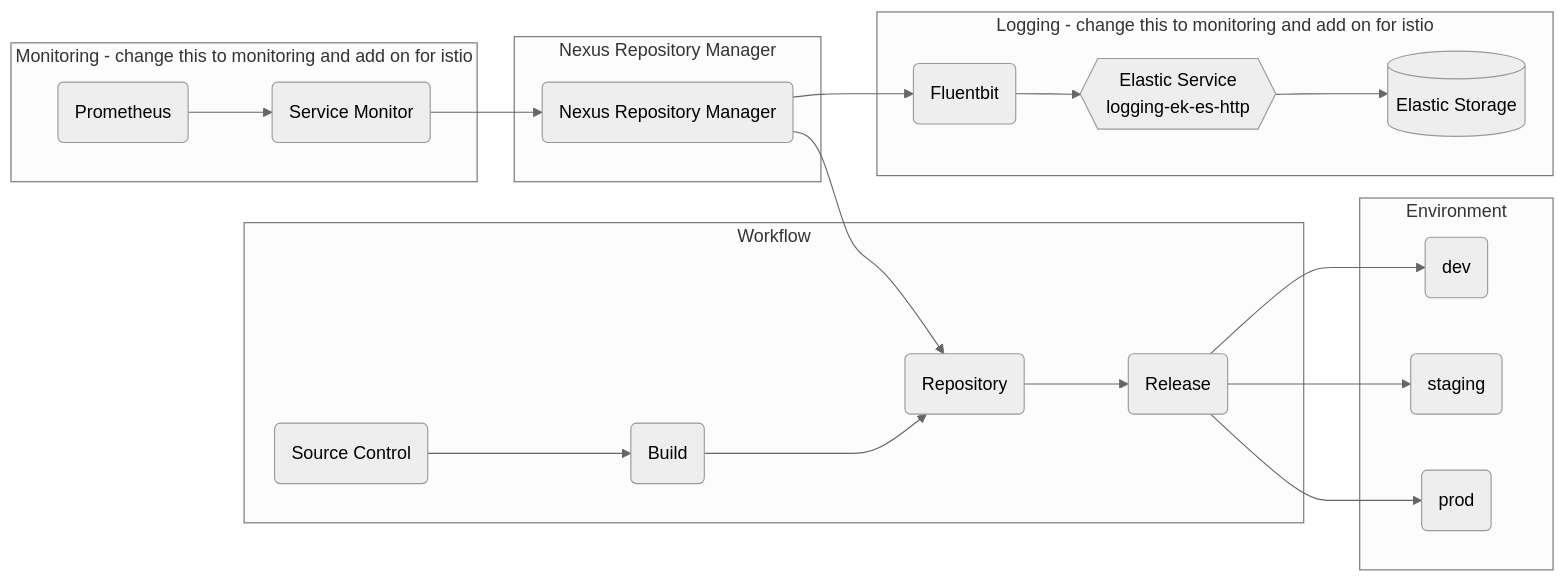
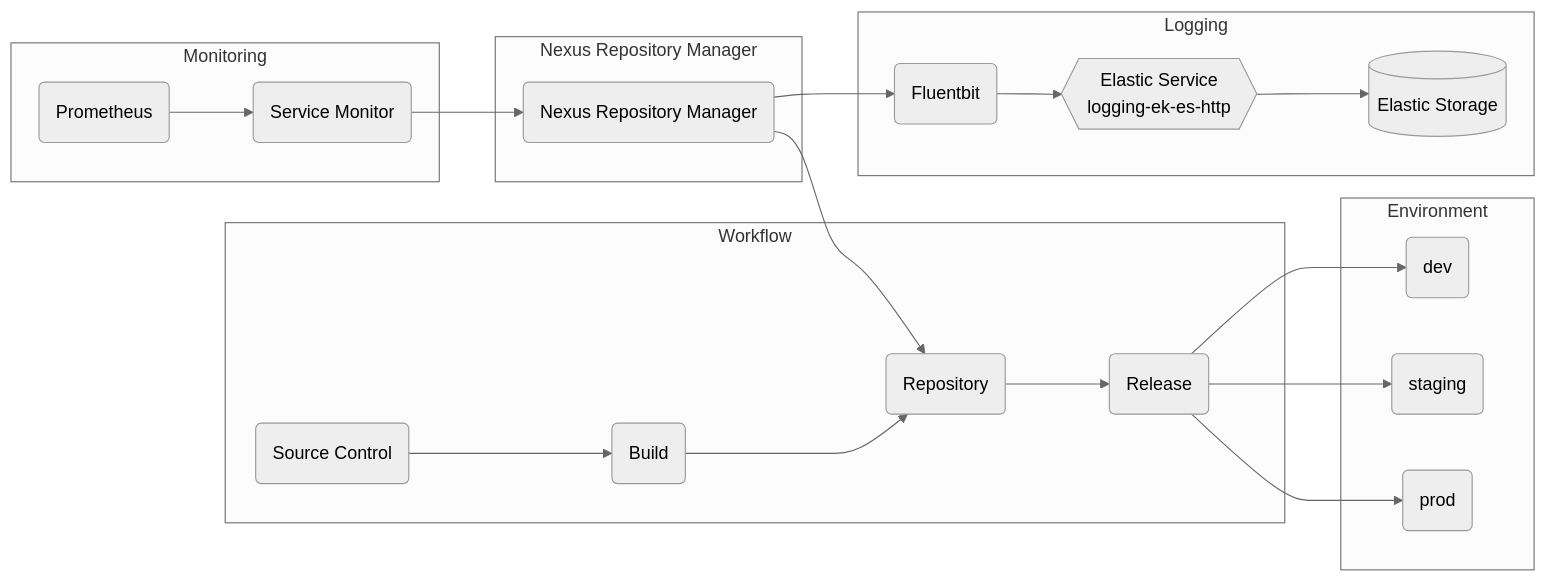
One commit to anoncam/big-bang changed the diagram in docs/understanding-bigbang/package-architecture/nexus/Architecture.md. Above: the diagram before and after it, drawn with Mermaid (neutral theme).

Commit message:
update graph

````diff
--- a/docs/understanding-bigbang/package-architecture/nexus/Architecture.md
+++ b/docs/understanding-bigbang/package-architecture/nexus/Architecture.md
@@ -9,26 +9,26 @@
 ```mermaid
 graph LR
   subgraph "Workflow"
     sourcecontrol("Source Control") --> build("Build") --> repository1("Repository") --> release("Release")
   end
 
   subgraph "Nexus Repository Manager"
     nexusrepositorymanager("Nexus Repository Manager") --> repository1("Repository")
   end
 
   subgraph "Environment"
     release("Release") --> stage1(dev)
     release("Release") --> stage2(staging)
     release("Release") --> stage3(prod)
   end
 
-  subgraph "Monitoring" - change this to monitoring and add on for istio
+  subgraph "Monitoring" 
     prometheus("Prometheus") --> servicemonitor("Service Monitor")
     servicemonitor("Service Monitor") --> nexusrepositorymanager("Nexus Repository Manager")
   end
 
-  subgraph "Logging" - change this to monitoring and add on for istio
+  subgraph "Logging"
     nexusrepositorymanager("Nexus Repository Manager") --> fluent(Fluentbit) --> logging-ek-es-http
     logging-ek-es-http{{Elastic Service<br />logging-ek-es-http}} --> elastic[(Elastic Storage)]
   end
 ```
````
